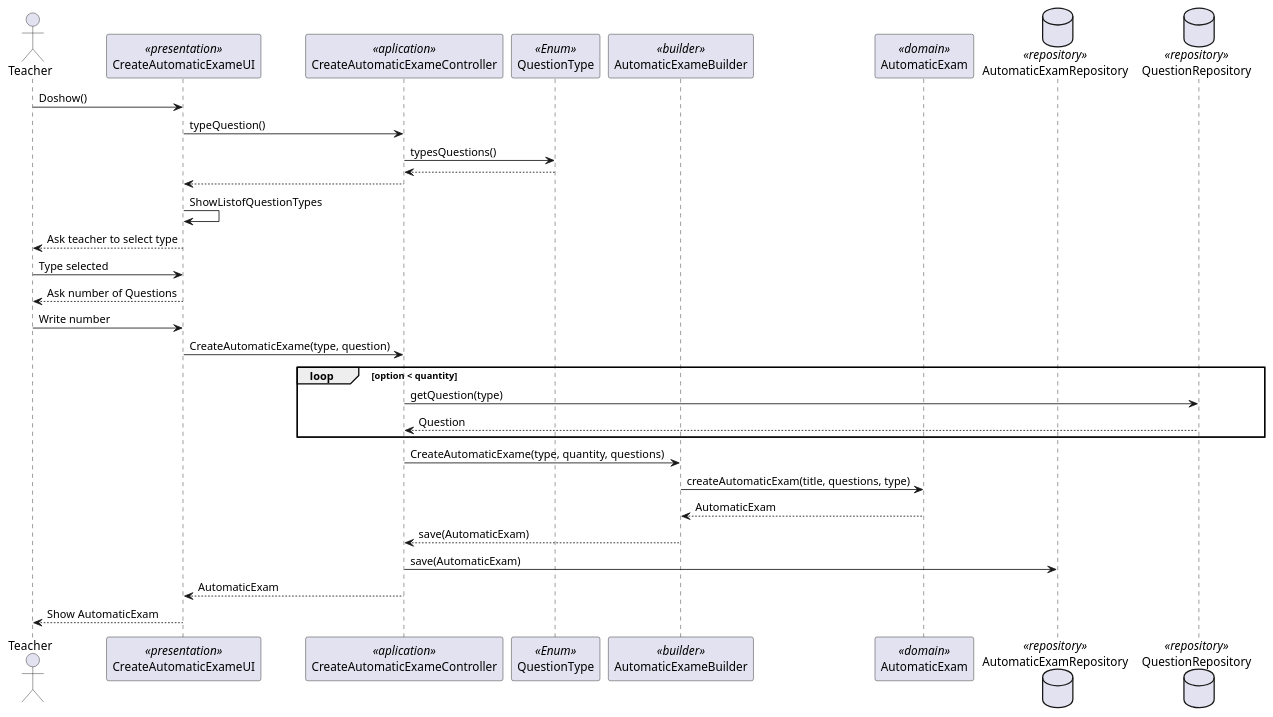
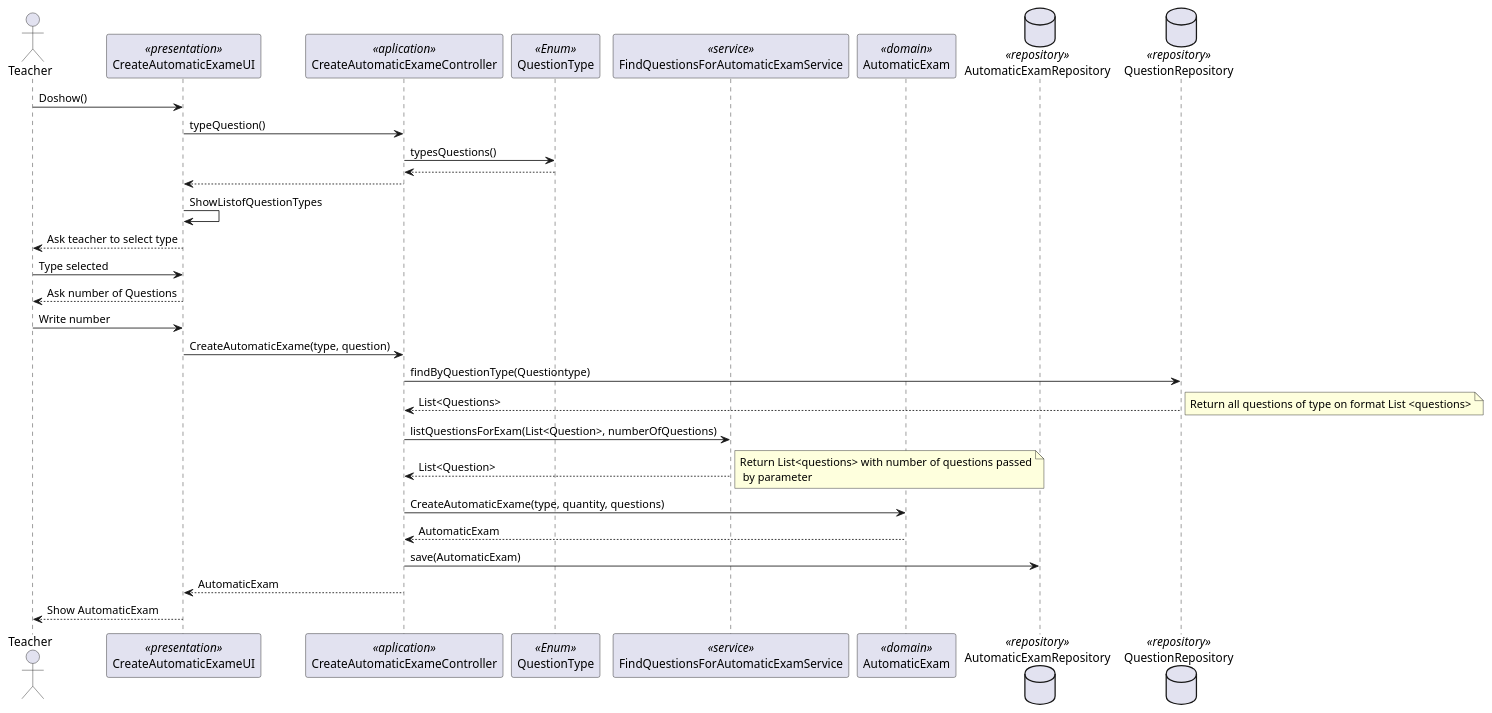
Before and after one commit to mascenso/isep-sem4-lapr4: the diagram in docs/SPRINT B/US2008 - Create Automatic Exame/sd-2008.puml, drawn with PlantUML. The commit also changed 1 other file, not shown here.

```diff
--- a/docs/SPRINT B/US2008 - Create Automatic Exame/sd-2008.puml
+++ b/docs/SPRINT B/US2008 - Create Automatic Exame/sd-2008.puml
@@ -1,33 +1,33 @@
 @startuml
 actor Teacher as Actor
 participant CreateAutomaticExameUI as UI <<presentation>>
 participant CreateAutomaticExameController as Controller <<aplication>>
 participant QuestionType as Enum <<Enum>>
-participant AutomaticExameBuilder as Builder <<builder>>
+participant FindQuestionsForAutomaticExamService as Servide <<service>>
 participant AutomaticExam as Domain <<domain>>
 database AutomaticExamRepository as Repository1 <<repository>>
 database QuestionRepository as Repository2 <<repository>>
 
 Actor -> UI:Doshow()
 UI -> Controller: typeQuestion()
 Controller-> Enum: typesQuestions()
 Enum --> Controller
 Controller --> UI
 UI -> UI:ShowListofQuestionTypes
 UI --> Actor:Ask teacher to select type
 Actor -> UI:Type selected
 UI --> Actor: Ask number of Questions
 Actor-> UI: Write number
 UI -> Controller: CreateAutomaticExame(type, question)
-    loop option < quantity
-        Controller -> Repository2: getQuestion(type)
-        Repository2 --> Controller: Question
-    end
-Controller -> Builder: CreateAutomaticExame(type, quantity, questions)
-Builder -> Domain : createAutomaticExam(title, questions, type)
-Domain --> Builder: AutomaticExam
-Builder --> Controller : save(AutomaticExam)
+Controller -> Repository2: findByQuestionType(Questiontype)
+Repository2 --> Controller: List<Questions>
+note right : Return all questions of type on format List <questions>
+Controller -> Servide: listQuestionsForExam(List<Question>, numberOfQuestions)
+Servide --> Controller: List<Question>
+note right : Return List<questions> with number of questions passed\n by parameter
+Controller -> Domain: CreateAutomaticExame(type, quantity, questions)
+Domain --> Controller: AutomaticExam
 Controller -> Repository1: save(AutomaticExam)
 Controller --> UI:AutomaticExam
 UI --> Actor: Show AutomaticExam
 @enduml
```
